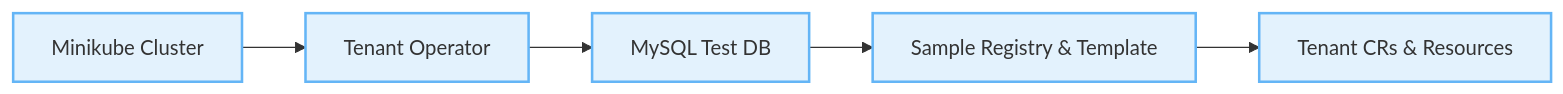
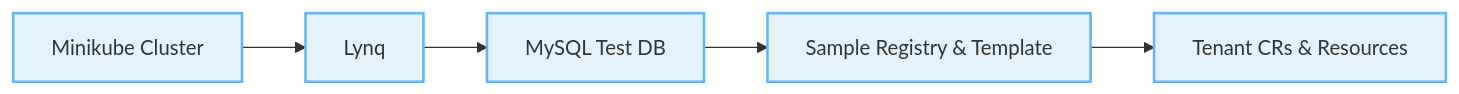
Before and after one commit to kubernetes-tenants/tenant-operator: the diagram in docs/quickstart.md, drawn with Mermaid. The commit also changed other lines of this file and 193 other files, not shown here.

````diff
--- a/docs/quickstart.md
+++ b/docs/quickstart.md
@@ -16,13 +16,13 @@
 ```mermaid
 flowchart LR
     Cluster["Minikube Cluster"]
-    Operator["Tenant Operator"]
+    Operator["Lynq"]
     Database["MySQL Test DB"]
     Templates["Sample Registry & Template"]
     Tenants["Tenant CRs & Resources"]
 
     Cluster --> Operator --> Database --> Templates --> Tenants
 
     classDef stage fill:#e3f2fd,stroke:#64b5f6,stroke-width:2px;
     class Cluster,Operator,Database,Templates,Tenants stage;
 ```
````
